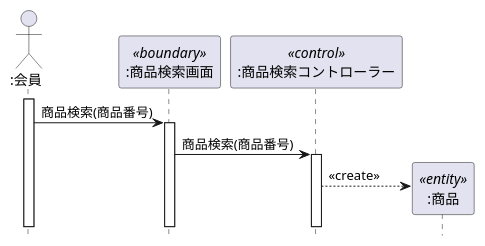
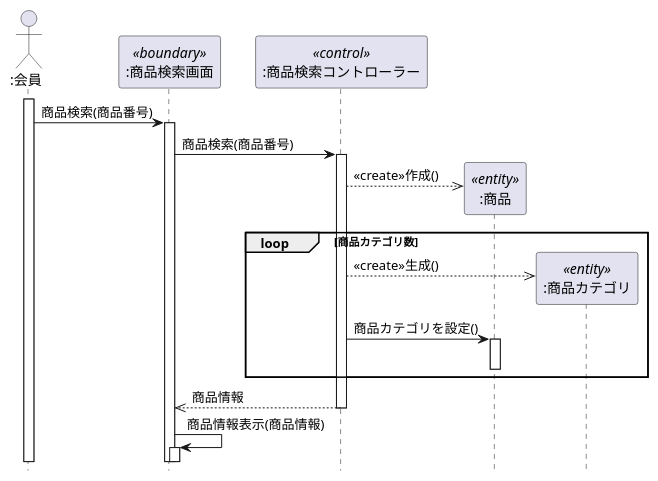
One commit to useruser0123/uml-introduction changed the diagram in 演習4-5_SD_商品情報検索.pu. Above: the diagram before and after it, drawn with PlantUML. The commit also changed 1 other file, not shown here.

Commit message:
シーケンス図の演習

```diff
--- a/演習4-5_SD_商品情報検索.pu
+++ b/演習4-5_SD_商品情報検索.pu
@@ -1,14 +1,26 @@
 @startuml
 hide footbox
 actor ":会員" as user
 participant ":商品検索画面" as search <<boundary>>
 participant ":商品検索コントローラー" as controller <<control>>
 
 activate user
     user -> search : 商品検索(商品番号)
     activate search
     search -> controller : 商品検索(商品番号)
     activate controller 
     create ":商品" as merchandise <<entity>>
-    controller --> merchandise : <<create>>
+    controller -->> merchandise : <<create>>作成()
+    loop 商品カテゴリ数
+    create ":商品カテゴリ" as category <<entity>>
+    controller -->> category : <<create>>生成()
+    controller -> merchandise : 商品カテゴリを設定()
+    activate merchandise
+    deactivate merchandise
+    end
+    controller -->> search :商品情報
+    deactivate controller
+    search -> search : 商品情報表示(商品情報)
+    activate search
+
 @enduml
```
